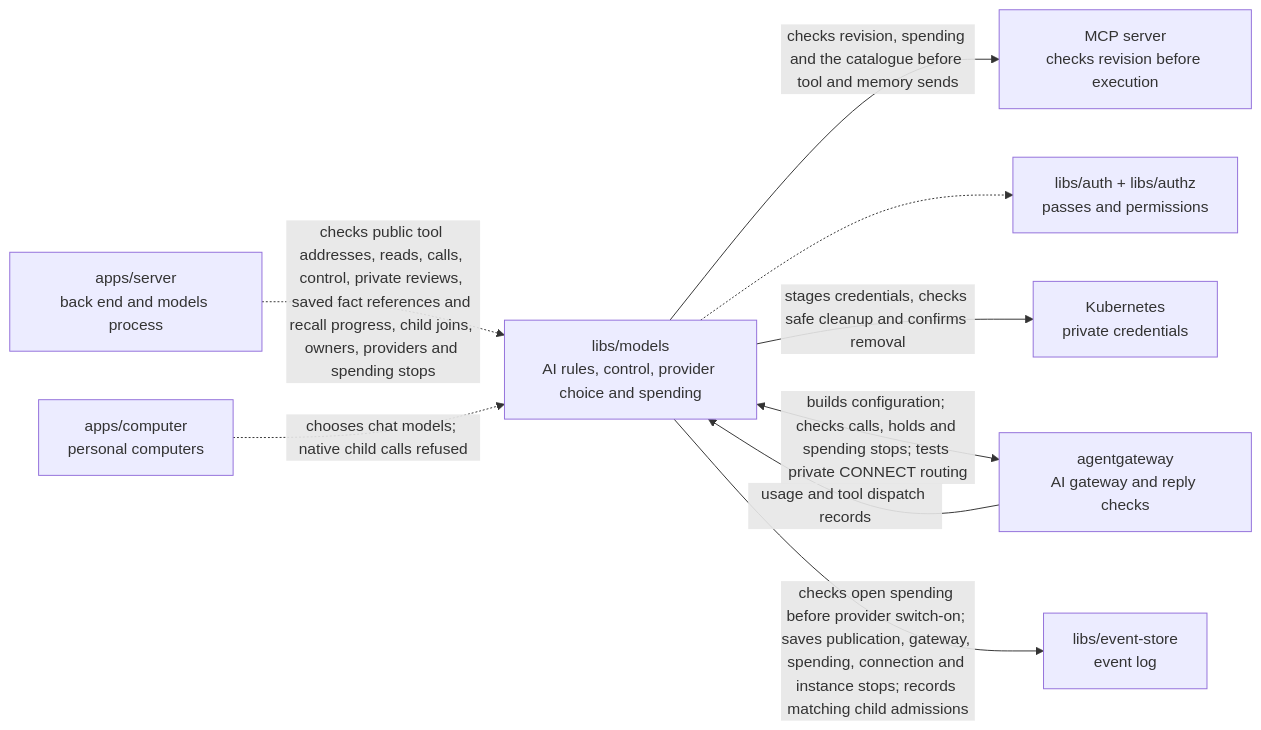
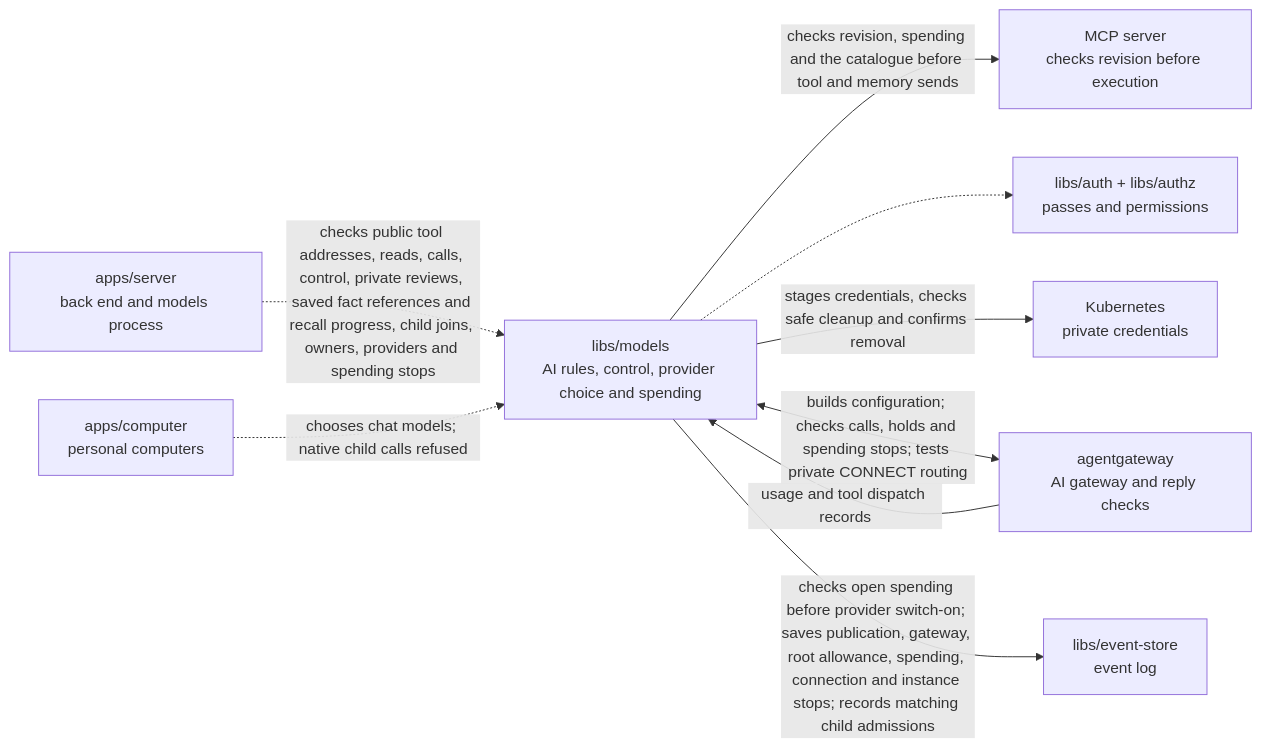
The diagram in libs/models/README.md (elewa-git/opencrane-new), drawn with Mermaid before and after one commit. The commit also changed other lines of this file and 15 other files, not shown here.

````diff
--- a/libs/models/README.md
+++ b/libs/models/README.md
@@ -14,11 +14,11 @@
 ```mermaid
 flowchart LR
   server["apps/server<br/>back end and models process"] -.->|checks public tool addresses, reads, calls, control, private reviews, saved fact references and recall progress, child joins, owners, providers and spending stops| models["libs/models<br/>AI rules, control, provider choice and spending"]
   models -->|checks revision, spending and the catalogue before tool and memory sends| mcp["MCP server<br/>checks revision before execution"]
   computer["apps/computer<br/>personal computers"] -.->|chooses chat models; native child calls refused| models
   models -.-> auth["libs/auth + libs/authz<br/>passes and permissions"]
   models -->|stages credentials, checks safe cleanup and confirms removal| custody["Kubernetes<br/>private credentials"]
   models <-->|builds configuration; checks calls, holds and spending stops; tests private CONNECT routing| gateway["agentgateway<br/>AI gateway and reply checks"]
   gateway -->|usage and tool dispatch records| models
-  models -->|checks open spending before provider switch-on; saves publication, gateway, spending, connection and instance stops; records matching child admissions| store["libs/event-store<br/>event log"]
+  models -->|checks open spending before provider switch-on; saves publication, gateway, root allowance, spending, connection and instance stops; records matching child admissions| store["libs/event-store<br/>event log"]
 ```
````
